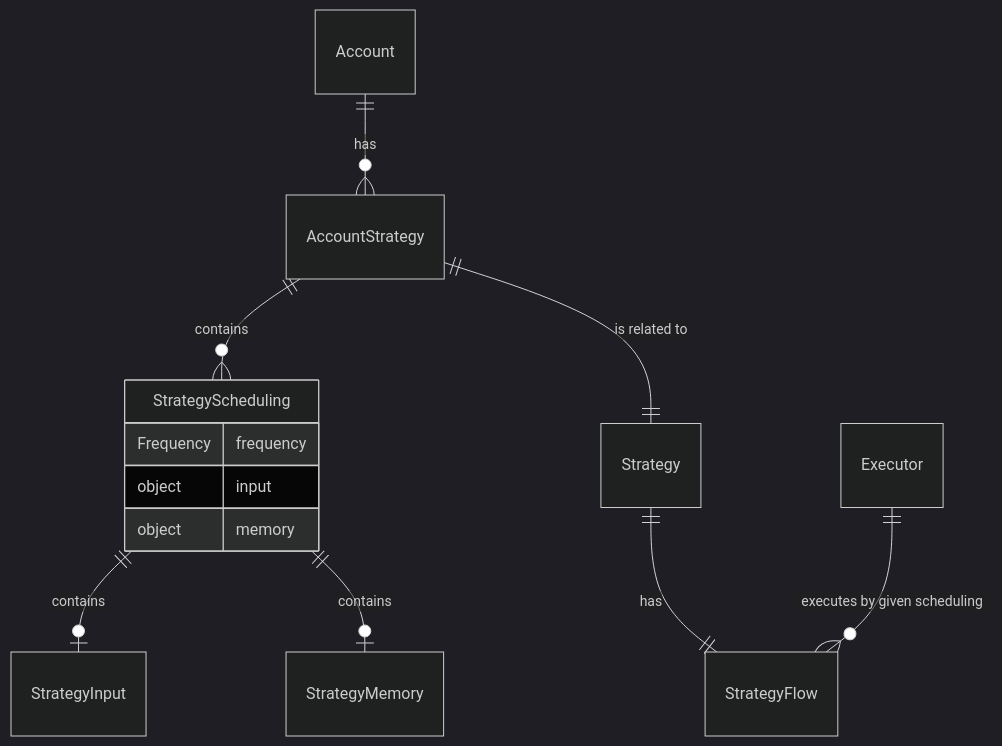
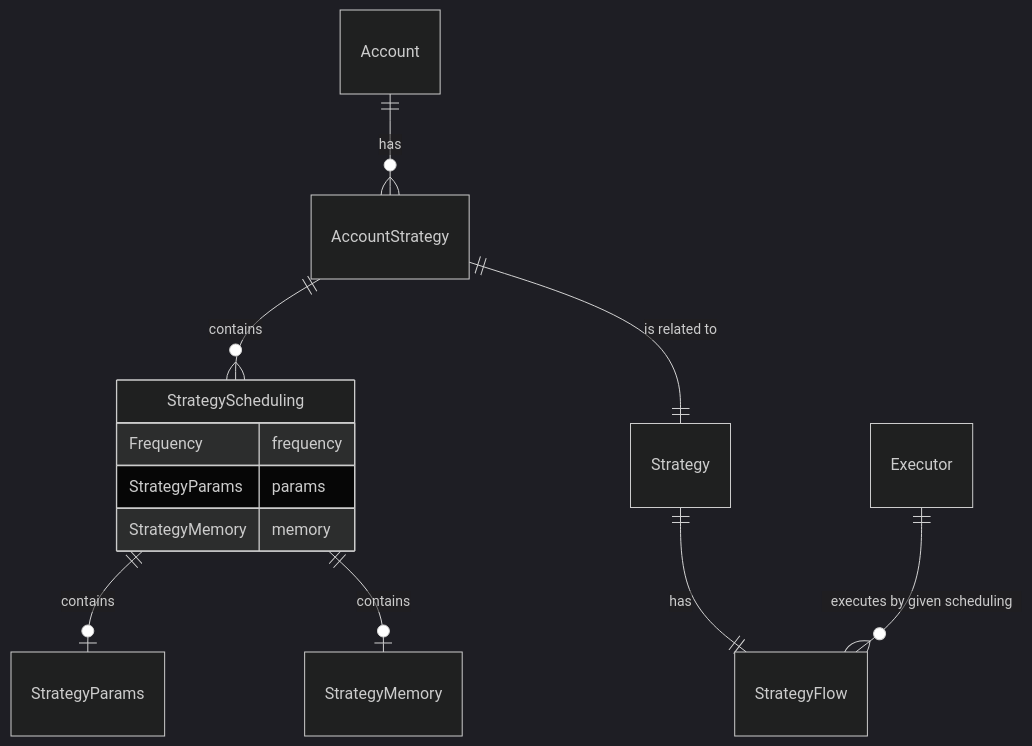
Before and after one commit to ggbot-org/ggbot: the diagram in models/docs/entity-relationship.md, drawn with Mermaid (dark theme). The commit also changed 47 other files, not shown here.

````diff
--- a/models/docs/entity-relationship.md
+++ b/models/docs/entity-relationship.md
@@ -5,15 +5,15 @@
 ```mermaid
 erDiagram
 	StrategyScheduling {
 		Frequency frequency
-		object input
-		object memory
+		StrategyParams params
+		StrategyMemory memory
 	}
 	Account ||--o{ AccountStrategy: has
 	AccountStrategy ||--o{ StrategyScheduling: contains
 	AccountStrategy ||--|| Strategy: "is related to"
 	Strategy ||--|| StrategyFlow: "has"
-	StrategyScheduling ||--o| StrategyInput: "contains"
+	StrategyScheduling ||--o| StrategyParams: "contains"
 	StrategyScheduling ||--o| StrategyMemory: "contains"
 	Executor ||--o{ StrategyFlow: "executes by given scheduling"
 ```
````
